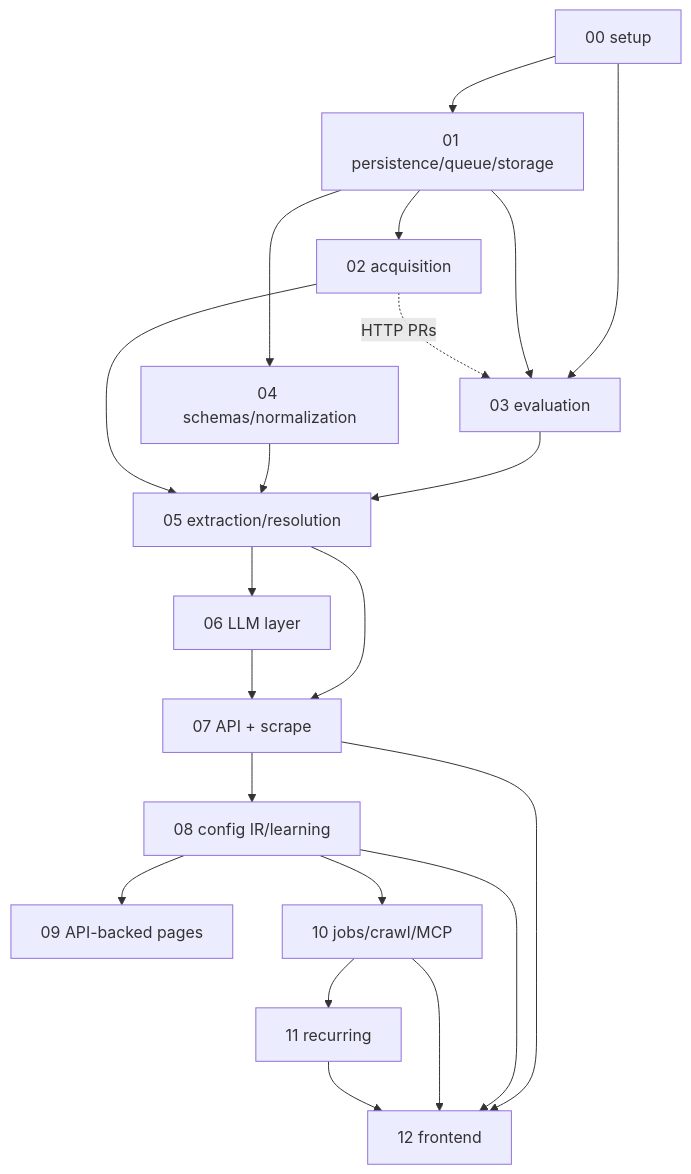
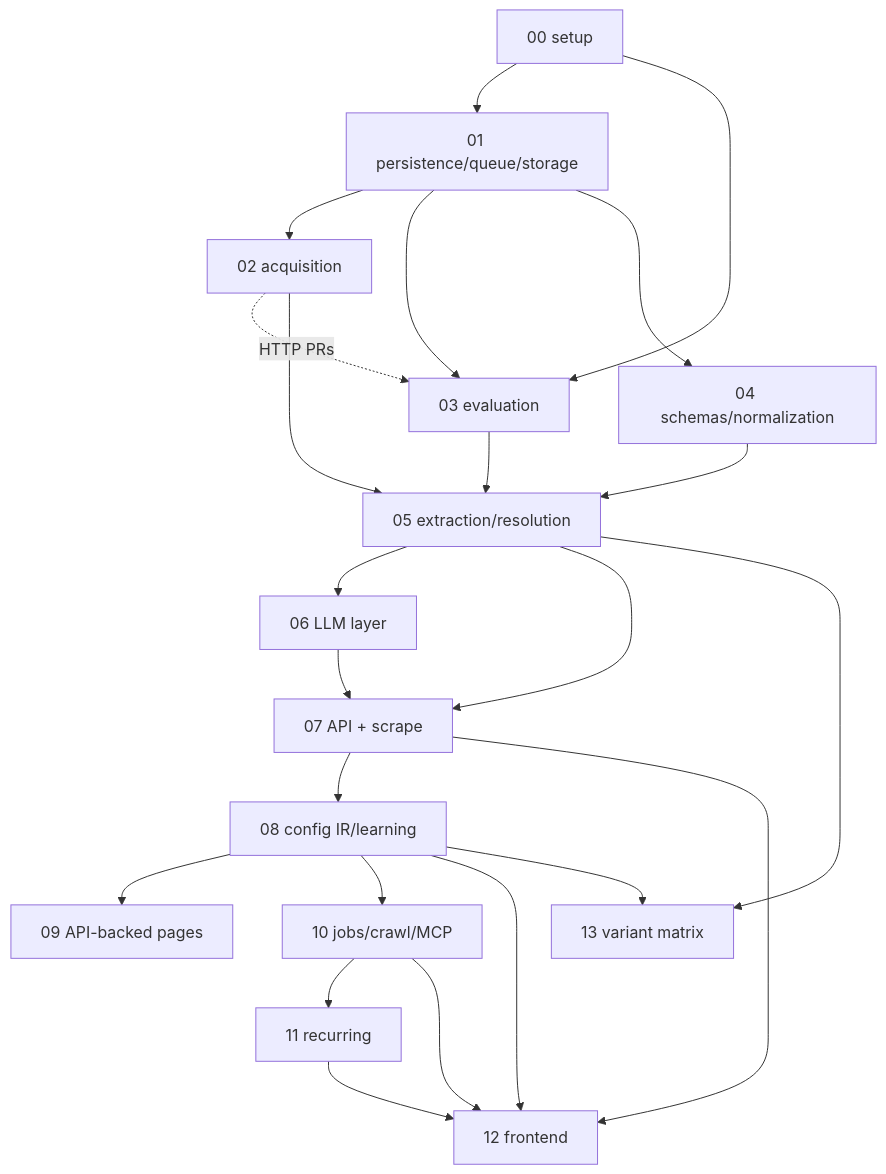
One commit to Cube-27/CrawlerAIv2 changed the diagram in docs/specs/README.md. Above: the diagram before and after it, drawn with Mermaid. The commit also changed other lines of this file and 7 other files, not shown here.

First line of the commit message:
docs(spec): SPEC-13 variant matrix, per-variant rows from structured data (for owner approval) (#169)

````diff
--- a/docs/specs/README.md
+++ b/docs/specs/README.md
@@ -38,23 +39,25 @@
 ```mermaid
 flowchart TB
   S00[00 setup] --> S01[01 persistence/queue/storage]
   S01 --> S02[02 acquisition]
   S00 --> S03[03 evaluation]
   S01 --> S03
   S02 -. HTTP PRs .-> S03
   S01 --> S04[04 schemas/normalization]
   S03 --> S05[05 extraction/resolution]
   S04 --> S05
   S02 --> S05
   S05 --> S06[06 LLM layer]
   S05 --> S07[07 API + scrape]
   S06 --> S07
   S07 --> S08[08 config IR/learning]
   S08 --> S09[09 API-backed pages]
   S08 --> S10[10 jobs/crawl/MCP]
   S10 --> S11[11 recurring]
   S07 --> S12[12 frontend]
   S08 --> S12
   S10 --> S12
   S11 --> S12
+  S05 --> S13[13 variant matrix]
+  S08 --> S13
 ```
````
